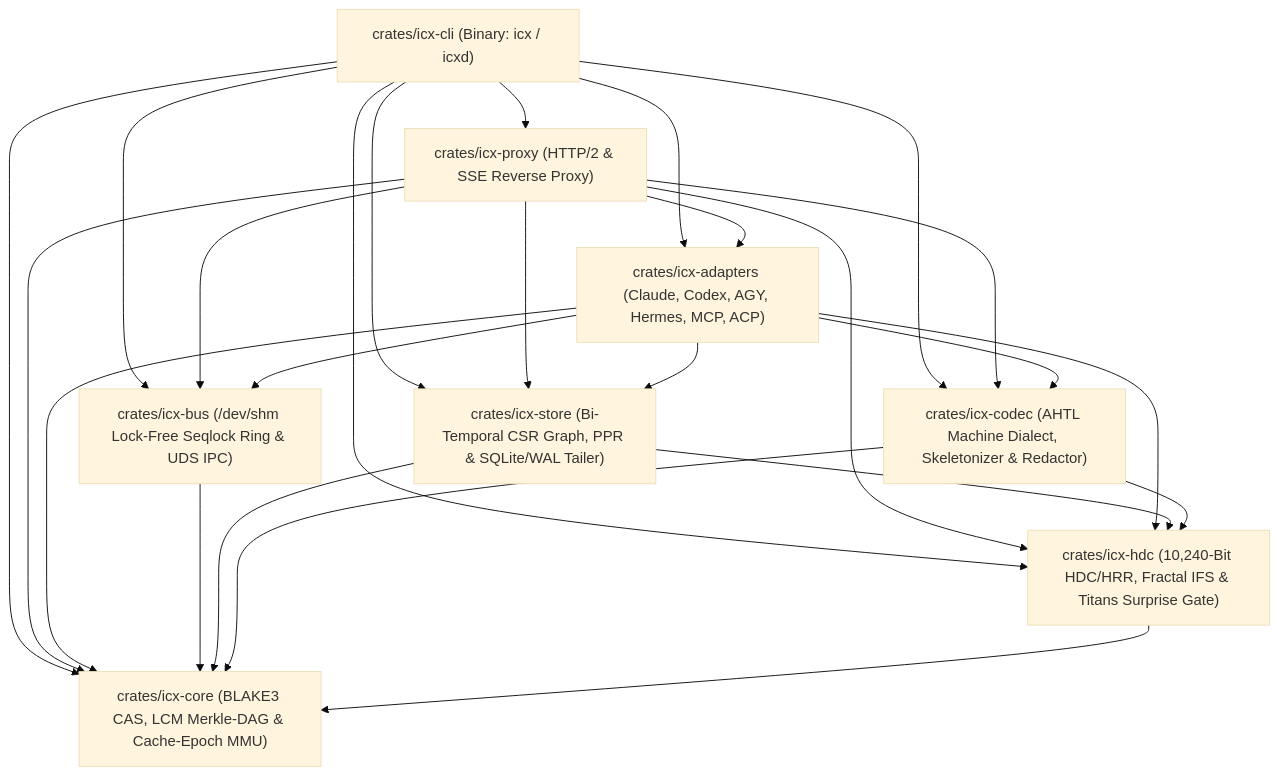
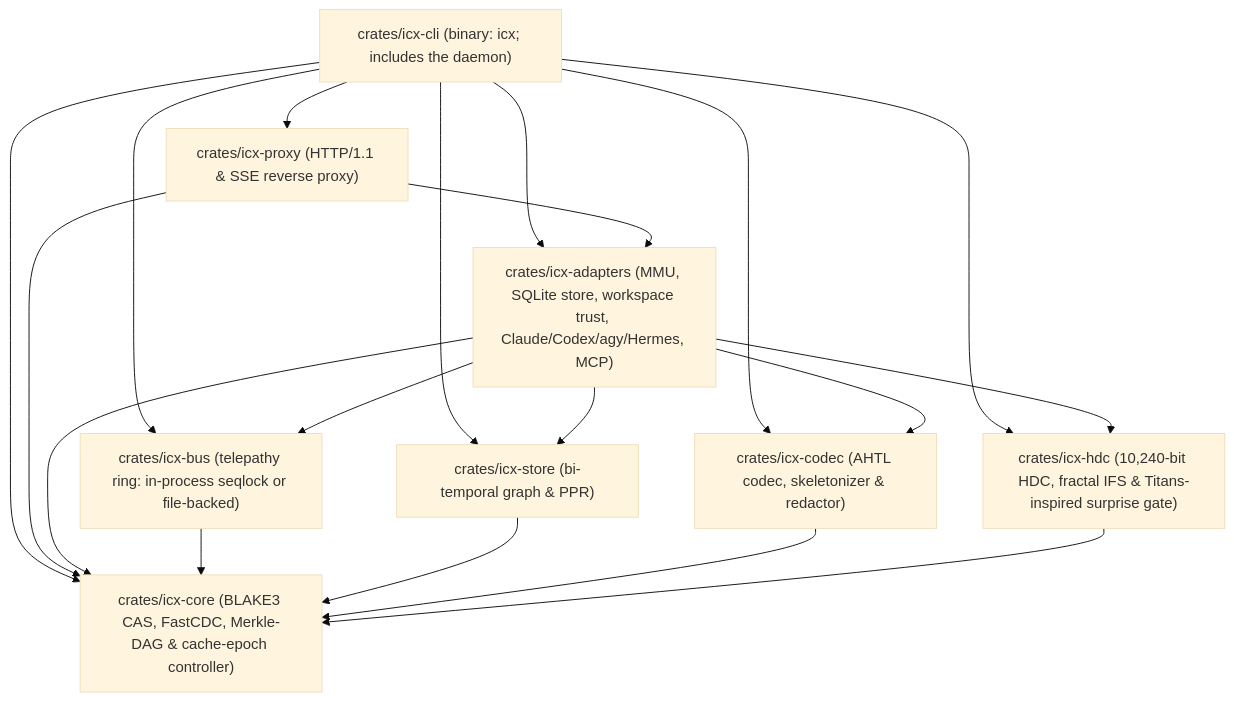
The first of 2 diagrams in docs/architecture.md (doublegate/Infinity-Context), drawn with Mermaid (base theme) before and after one commit. The commit also changed other lines of this file and 146 other files, not shown here.

````diff
--- a/docs/architecture.md
+++ b/docs/architecture.md
@@ -21,19 +34,19 @@
 ```mermaid
 flowchart TD
-    CLI["crates/icx-cli (Binary: icx / icxd)"]
-    PROXY["crates/icx-proxy (HTTP/2 & SSE Reverse Proxy)"]
-    ADAPT["crates/icx-adapters (Claude, Codex, AGY, Hermes, MCP, ACP)"]
-    BUS["crates/icx-bus (/dev/shm Lock-Free Seqlock Ring & UDS IPC)"]
-    STORE["crates/icx-store (Bi-Temporal CSR Graph, PPR & SQLite/WAL Tailer)"]
-    CODEC["crates/icx-codec (AHTL Machine Dialect, Skeletonizer & Redactor)"]
-    HDC["crates/icx-hdc (10,240-Bit HDC/HRR, Fractal IFS & Titans Surprise Gate)"]
-    CORE["crates/icx-core (BLAKE3 CAS, LCM Merkle-DAG & Cache-Epoch MMU)"]
+    CLI["crates/icx-cli (binary: icx; includes the daemon)"]
+    PROXY["crates/icx-proxy (HTTP/1.1 & SSE reverse proxy)"]
+    ADAPT["crates/icx-adapters (MMU, SQLite store, workspace trust, Claude/Codex/agy/Hermes, MCP)"]
+    BUS["crates/icx-bus (telepathy ring: in-process seqlock or file-backed)"]
+    STORE["crates/icx-store (bi-temporal graph & PPR)"]
+    CODEC["crates/icx-codec (AHTL codec, skeletonizer & redactor)"]
+    HDC["crates/icx-hdc (10,240-bit HDC, fractal IFS & Titans-inspired surprise gate)"]
+    CORE["crates/icx-core (BLAKE3 CAS, FastCDC, Merkle-DAG & cache-epoch controller)"]
 
     CLI --> PROXY & ADAPT & BUS & STORE & CODEC & HDC & CORE
-    PROXY --> ADAPT & BUS & STORE & CODEC & HDC & CORE
+    PROXY --> ADAPT & CORE
     ADAPT --> BUS & STORE & CODEC & HDC & CORE
     BUS --> CORE
-    STORE --> HDC & CORE
-    CODEC --> HDC & CORE
+    STORE --> CORE
+    CODEC --> CORE
     HDC --> CORE
 ```
````
